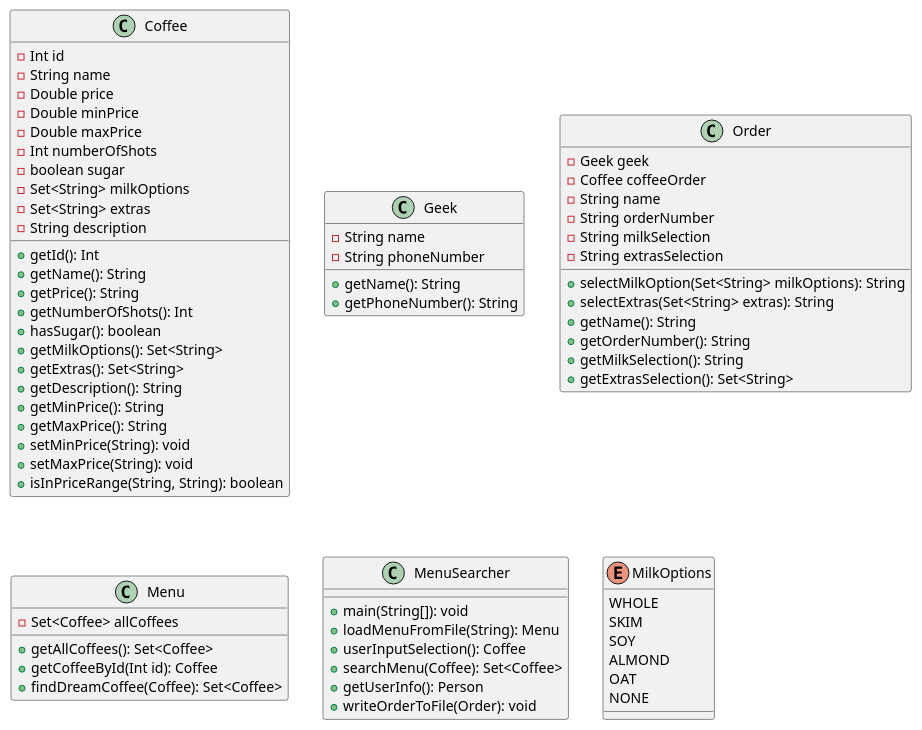
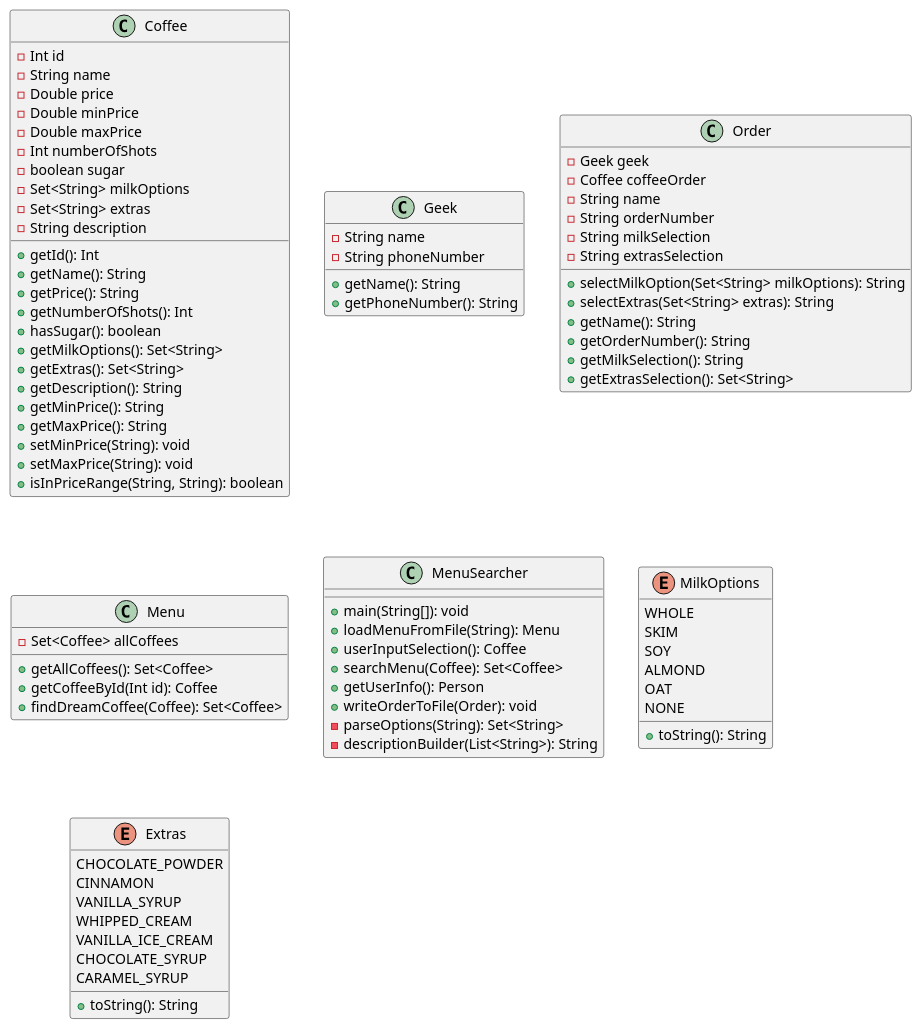
The diagram in assignments/assigment1/design-diagram.md (dangoodie/cosc120), drawn with PlantUML before and after one commit. The commit also changed 6 other files, not shown here.

Commit message:
Milk options enum now working properly

````diff
--- a/assignments/assigment1/design-diagram.md
+++ b/assignments/assigment1/design-diagram.md
@@ -63,6 +63,8 @@
     + searchMenu(Coffee): Set<Coffee>
     + getUserInfo(): Person
     + writeOrderToFile(Order): void
+    - parseOptions(String): Set<String>
+    - descriptionBuilder(List<String>): String
 }
 
 enum MilkOptions {
@@ -72,6 +74,18 @@
     ALMOND
     OAT
     NONE
+    +toString(): String
+}
+
+enum Extras {
+    CHOCOLATE_POWDER
+    CINNAMON
+    VANILLA_SYRUP
+    WHIPPED_CREAM
+    VANILLA_ICE_CREAM
+    CHOCOLATE_SYRUP
+    CARAMEL_SYRUP
+    +toString(): String
 }
 
 ```
````
